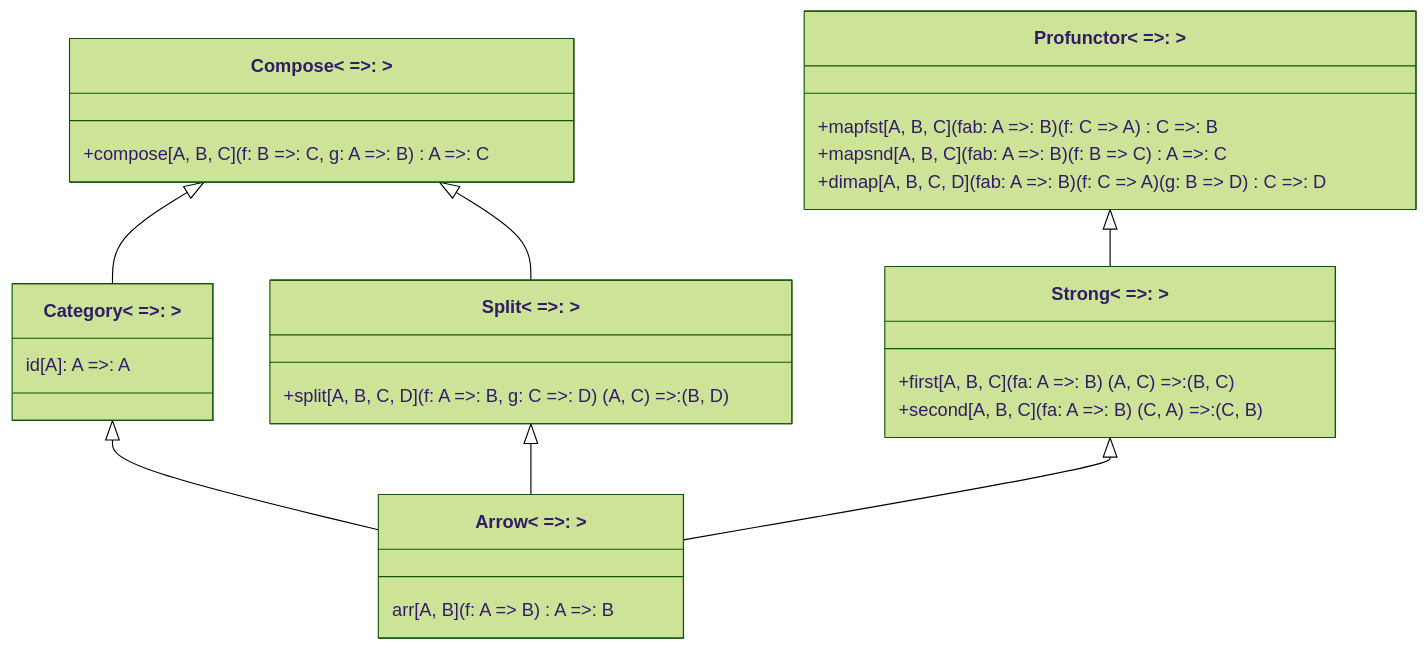
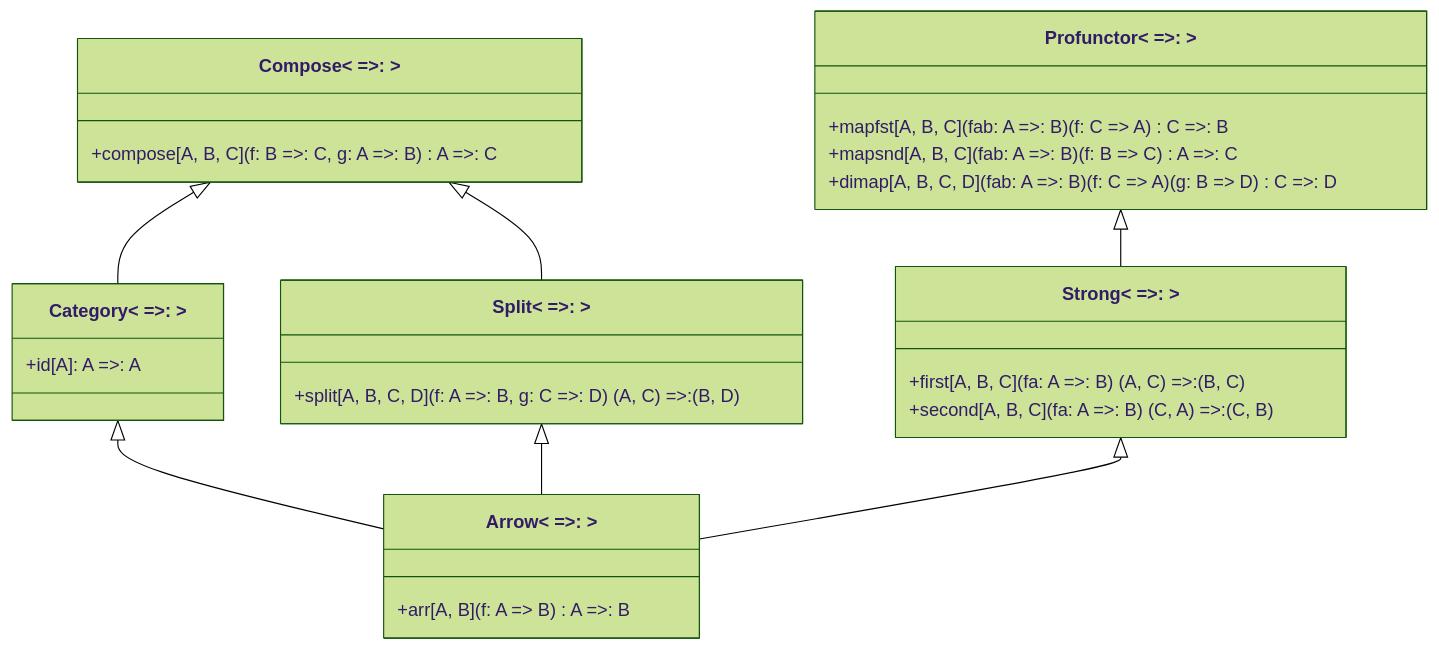
The diagram in docs/typeclass/arrow/arrow.md (artemkorsakov/scalabook), drawn with Mermaid (forest theme) before and after one commit. The commit also changed other lines of this file and 4 other files, not shown here.

````diff
--- a/docs/typeclass/arrow/arrow.md
+++ b/docs/typeclass/arrow/arrow.md
@@ -341,30 +341,30 @@
 ```mermaid
 classDiagram
     class Compose~ =>: ~{
         +compose[A, B, C](f: B =>: C, g: A =>: B) A =>: C
     }
     class Category~ =>: ~{
-        id[A]: A =>: A    
+        +id[A]: A =>: A    
     }
     Compose <|-- Category 
     class Split~ =>: ~{
         +split[A, B, C, D](f: A =>: B, g: C =>: D) (A, C) =>: (B, D)   
     }
     Compose <|-- Split 
     class Profunctor~ =>: ~{
         +mapfst[A, B, C](fab: A =>: B)(f: C => A) C =>: B
         +mapsnd[A, B, C](fab: A =>: B)(f: B => C) A =>: C
         +dimap[A, B, C, D](fab: A =>: B)(f: C => A)(g: B => D) C =>: D
     }
     class Strong~ =>: ~{
         +first[A, B, C](fa: A =>: B) (A, C) =>: (B, C)
         +second[A, B, C](fa: A =>: B) (C, A) =>: (C, B)
     }
     Profunctor <|-- Strong 
     class Arrow~ =>: ~{
-        arr[A, B](f: A => B) A =>: B
+        +arr[A, B](f: A => B) A =>: B
     }
     Category <|-- Arrow 
     Split <|-- Arrow
     Strong <|-- Arrow
 ```
````
